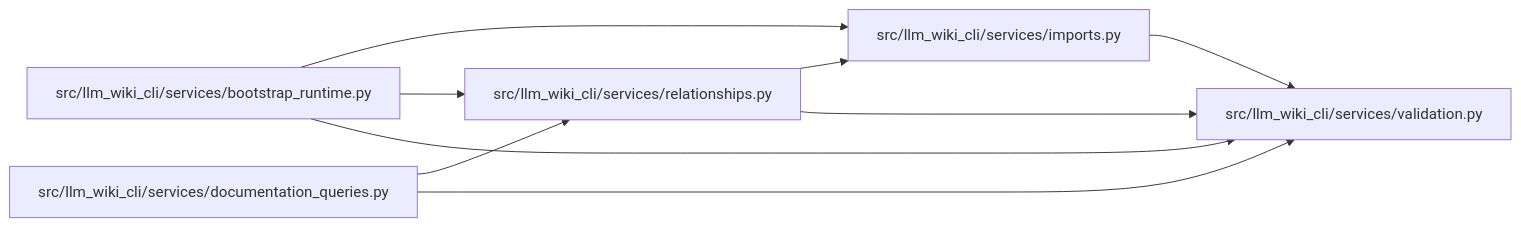
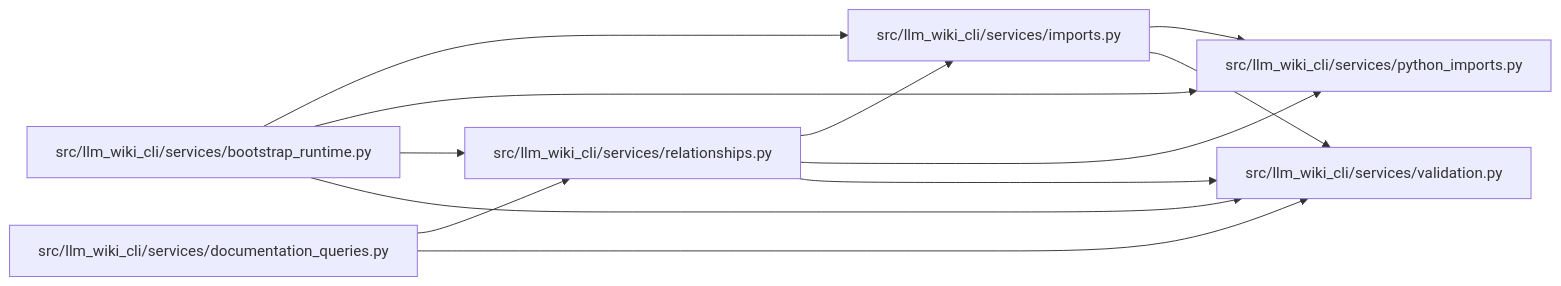
Before and after one commit to Denissvgn/python-wiki-llm: the diagram in docs/llm_wiki/modules/relationships.md, drawn with Mermaid. The commit also changed other lines of this file and 719 other files, not shown here.

````diff
--- a/docs/llm_wiki/modules/relationships.md
+++ b/docs/llm_wiki/modules/relationships.md
@@ -27,21 +28,26 @@
 ```mermaid
 flowchart LR
     n0["src/llm_wiki_cli/services/bootstrap_runtime.py"]
     n1["src/llm_wiki_cli/services/documentation_queries.py"]
     n2["src/llm_wiki_cli/services/imports.py"]
-    n3["src/llm_wiki_cli/services/relationships.py"]
-    n4["src/llm_wiki_cli/services/validation.py"]
+    n3["src/llm_wiki_cli/services/python_imports.py"]
+    n4["src/llm_wiki_cli/services/relationships.py"]
+    n5["src/llm_wiki_cli/services/validation.py"]
     n0 --> n2
     n0 --> n3
     n0 --> n4
-    n1 --> n3
+    n0 --> n5
     n1 --> n4
-    n2 --> n4
-    n3 --> n2
-    n3 --> n4
+    n1 --> n5
+    n2 --> n3
+    n2 --> n5
+    n4 --> n2
+    n4 --> n3
+    n4 --> n5
     click n0 "../modules/bootstrap_runtime.md"
     click n1 "../modules/documentation_queries.md"
     click n2 "../modules/imports.md"
-    click n3 "../modules/relationships.md"
-    click n4 "../modules/validation.md"
+    click n3 "../modules/python_imports.md"
+    click n4 "../modules/relationships.md"
+    click n5 "../modules/validation.md"
 ```
````
